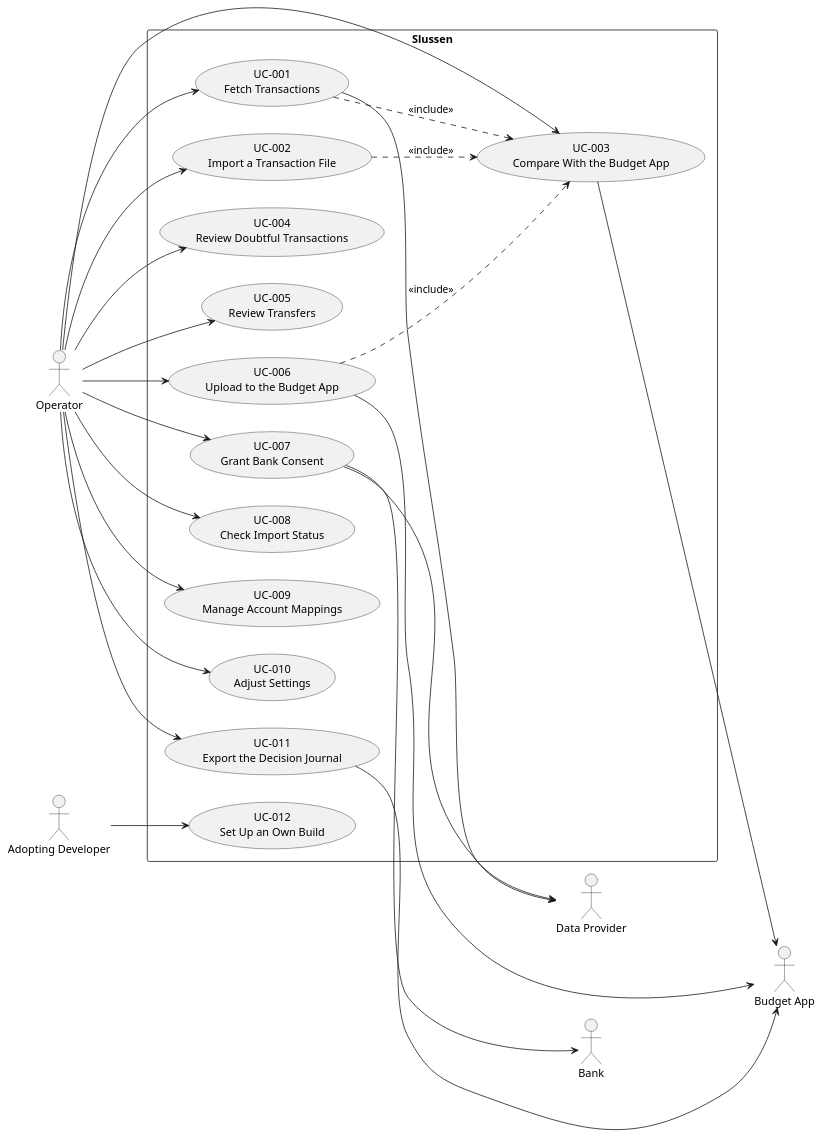
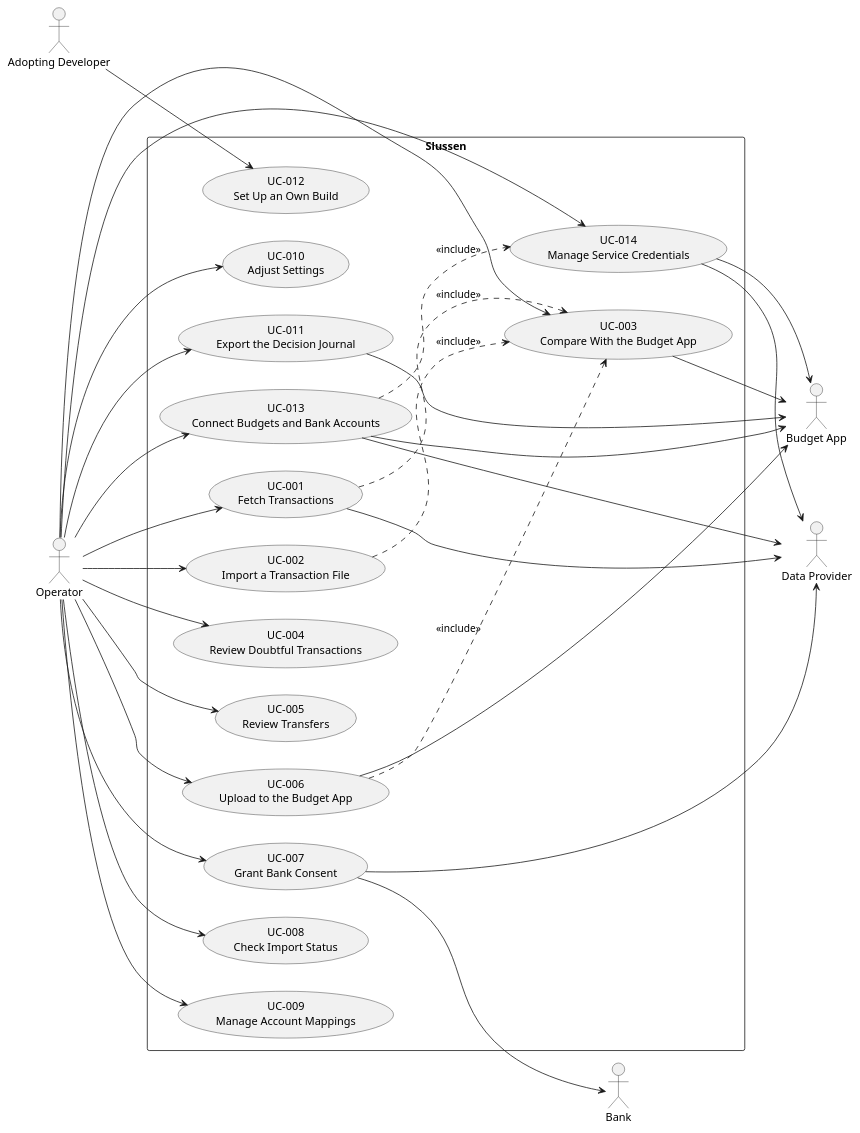
The diagram in docs/use_cases.puml (flylasse/slussen), drawn with PlantUML before and after one commit. The commit also changed 61 other files, not shown here.

```diff
--- a/docs/use_cases.puml
+++ b/docs/use_cases.puml
@@ -1,49 +1,58 @@
 @startuml Use Cases Overview
 left to right direction
 
 actor "Operator" as operator
 actor "Adopting Developer" as developer
 actor "Data Provider" as provider
 actor "Bank" as bank
 actor "Budget App" as budgetapp
 
 rectangle "Slussen" {
     usecase "UC-001\nFetch Transactions" as UC001
     usecase "UC-002\nImport a Transaction File" as UC002
     usecase "UC-003\nCompare With the Budget App" as UC003
     usecase "UC-004\nReview Doubtful Transactions" as UC004
     usecase "UC-005\nReview Transfers" as UC005
     usecase "UC-006\nUpload to the Budget App" as UC006
     usecase "UC-007\nGrant Bank Consent" as UC007
     usecase "UC-008\nCheck Import Status" as UC008
     usecase "UC-009\nManage Account Mappings" as UC009
     usecase "UC-010\nAdjust Settings" as UC010
     usecase "UC-011\nExport the Decision Journal" as UC011
     usecase "UC-012\nSet Up an Own Build" as UC012
+    usecase "UC-013\nConnect Budgets and Bank Accounts" as UC013
+    usecase "UC-014\nManage Service Credentials" as UC014
 }
 
 operator --> UC001
 operator --> UC002
 operator --> UC003
 operator --> UC004
 operator --> UC005
 operator --> UC006
 operator --> UC007
 operator --> UC008
 operator --> UC009
 operator --> UC010
 operator --> UC011
+operator --> UC013
+operator --> UC014
 developer --> UC012
 
 UC001 --> provider
 UC003 --> budgetapp
 UC006 --> budgetapp
 UC007 --> provider
 UC007 --> bank
 UC011 --> budgetapp
+UC013 --> budgetapp
+UC013 --> provider
+UC014 --> budgetapp
+UC014 --> provider
 
 UC001 ..> UC003 : <<include>>
 UC002 ..> UC003 : <<include>>
 UC006 ..> UC003 : <<include>>
+UC013 ..> UC014 : <<include>>
 
 @enduml
```
